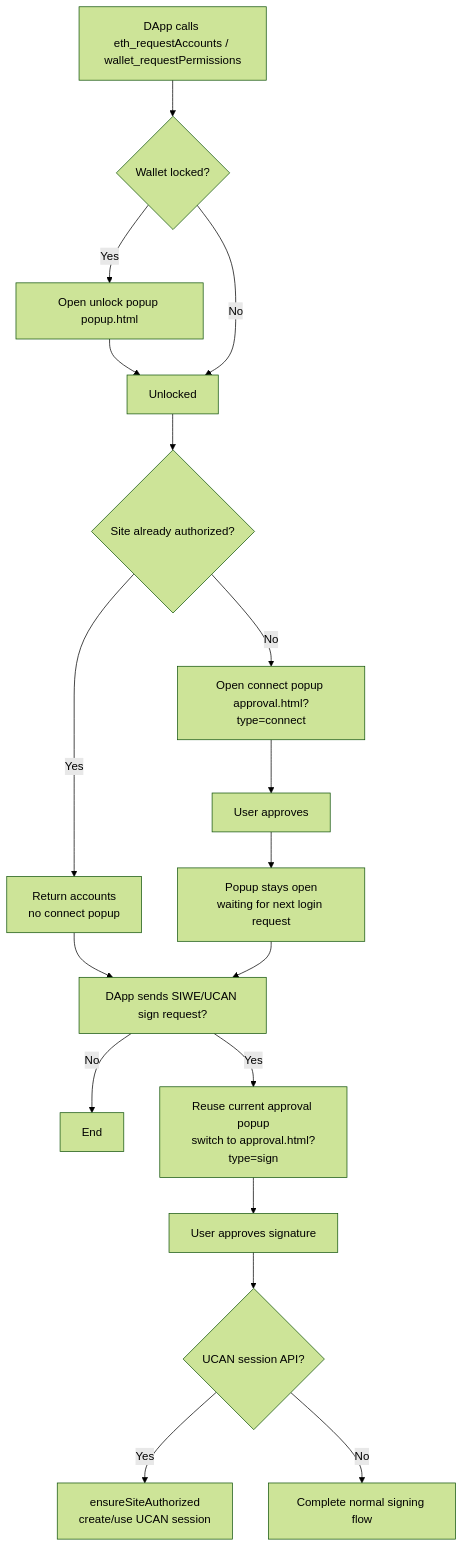
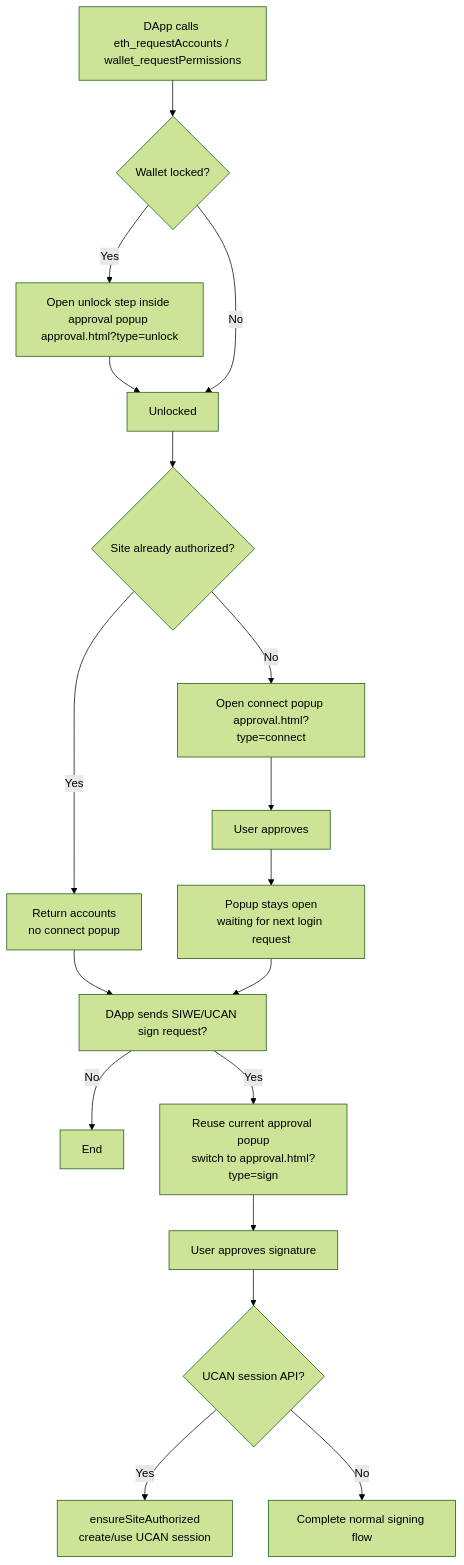
One commit to yeying-community/wallet changed the diagram in docs/en/dapp-connection-flow.md. Above: the diagram before and after it, drawn with Mermaid (forest theme). The commit also changed other lines of this file and 9 other files, not shown here.

Commit message:
feat: merge unlock into approval popup flow

````diff
--- a/docs/en/dapp-connection-flow.md
+++ b/docs/en/dapp-connection-flow.md
@@ -41,20 +41,20 @@
 ```mermaid
 flowchart TD
   A[DApp calls eth_requestAccounts / wallet_requestPermissions] --> B{Wallet locked?}
-  B -- Yes --> C[Open unlock popup popup.html]
+  B -- Yes --> C[Open unlock step inside approval popup approval.html?type=unlock]
   C --> D[Unlocked]
   B -- No --> D
   D --> E{Site already authorized?}
   E -- Yes --> F[Return accounts<br/>no connect popup]
   E -- No --> G[Open connect popup approval.html?type=connect]
   G --> H[User approves]
   H --> H1[Popup stays open<br/>waiting for next login request]
   F --> I[DApp sends SIWE/UCAN sign request?]
   H1 --> I
   I -- No --> J[End]
   I -- Yes --> K[Reuse current approval popup<br/>switch to approval.html?type=sign]
   K --> L[User approves signature]
   L --> M{UCAN session API?}
   M -- Yes --> N[ensureSiteAuthorized<br/>create/use UCAN session]
   M -- No --> O[Complete normal signing flow]
 ```
````
